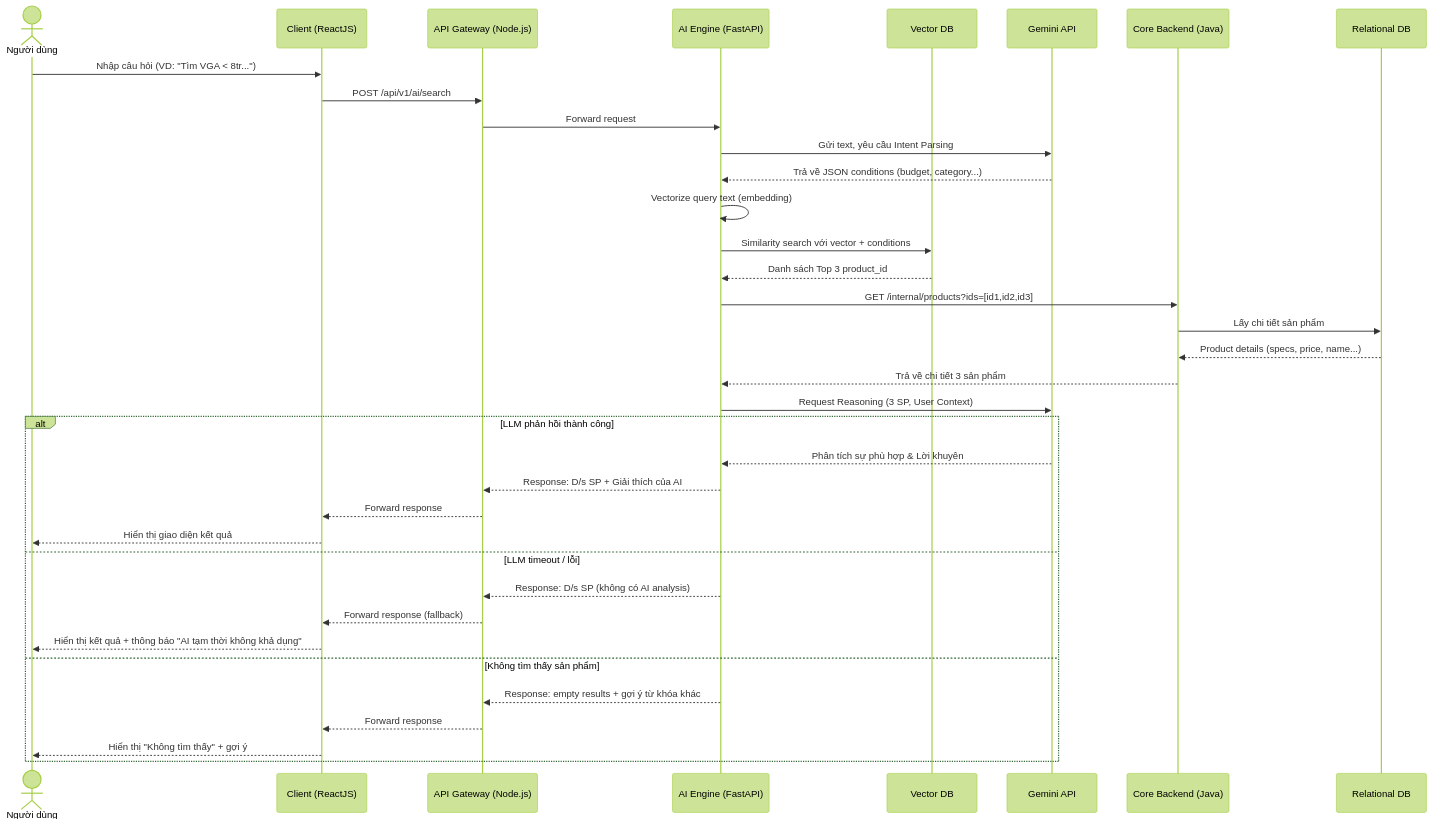
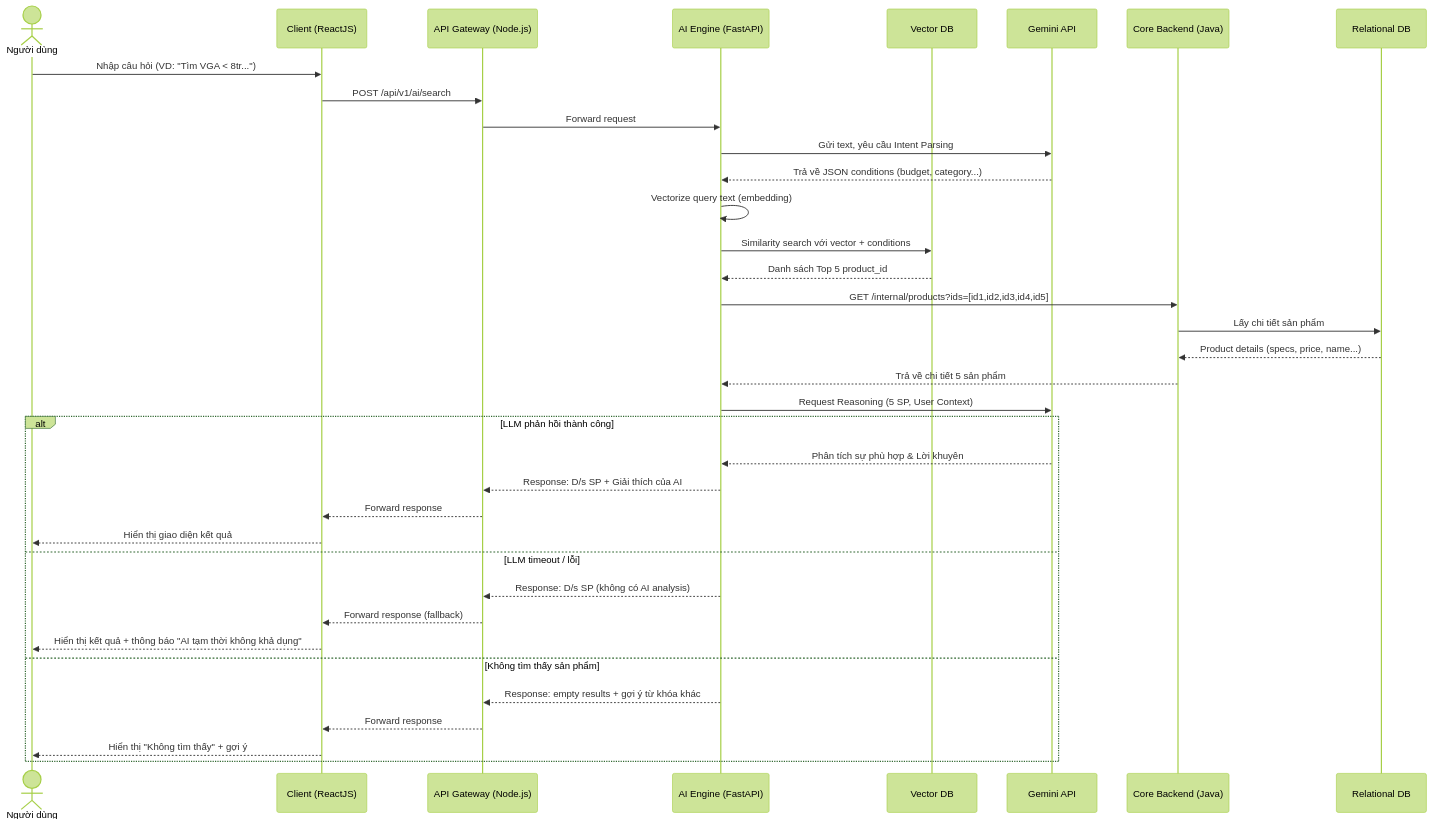
Before and after one commit to bankientapcode-1410/project1: diagram 12 of 16 in prj1.md, drawn with Mermaid (forest theme). The commit also changed other lines of this file, not shown here.

````diff
--- a/prj1.md
+++ b/prj1.md
@@ -602,40 +602,40 @@
 ```mermaid
 sequenceDiagram
     actor User as Người dùng
     participant UI as Client (ReactJS)
     participant GW as API Gateway (Node.js)
     participant AI as AI Engine (FastAPI)
     participant VDB as Vector DB
     participant LLM as Gemini API
     participant Core as Core Backend (Java)
     participant DB as Relational DB
     
     User->>UI: Nhập câu hỏi (VD: "Tìm VGA < 8tr...")
     UI->>GW: POST /api/v1/ai/search
     GW->>AI: Forward request
     AI->>LLM: Gửi text, yêu cầu Intent Parsing
     LLM-->>AI: Trả về JSON conditions (budget, category...)
     AI->>AI: Vectorize query text (embedding)
     AI->>VDB: Similarity search với vector + conditions
-    VDB-->>AI: Danh sách Top 3 product_id
-    AI->>Core: GET /internal/products?ids=[id1,id2,id3]
+    VDB-->>AI: Danh sách Top 5 product_id
+    AI->>Core: GET /internal/products?ids=[id1,id2,id3,id4,id5]
     Core->>DB: Lấy chi tiết sản phẩm
     DB-->>Core: Product details (specs, price, name...)
-    Core-->>AI: Trả về chi tiết 3 sản phẩm
-    AI->>LLM: Request Reasoning (3 SP, User Context)
+    Core-->>AI: Trả về chi tiết 5 sản phẩm
+    AI->>LLM: Request Reasoning (5 SP, User Context)
     
     alt LLM phản hồi thành công
         LLM-->>AI: Phân tích sự phù hợp & Lời khuyên
         AI-->>GW: Response: D/s SP + Giải thích của AI
         GW-->>UI: Forward response
         UI-->>User: Hiển thị giao diện kết quả
     else LLM timeout / lỗi
         AI-->>GW: Response: D/s SP (không có AI analysis)
         GW-->>UI: Forward response (fallback)
         UI-->>User: Hiển thị kết quả + thông báo "AI tạm thời không khả dụng"
     else Không tìm thấy sản phẩm
         AI-->>GW: Response: empty results + gợi ý từ khóa khác
         GW-->>UI: Forward response
         UI-->>User: Hiển thị "Không tìm thấy" + gợi ý
     end
 ```
````
